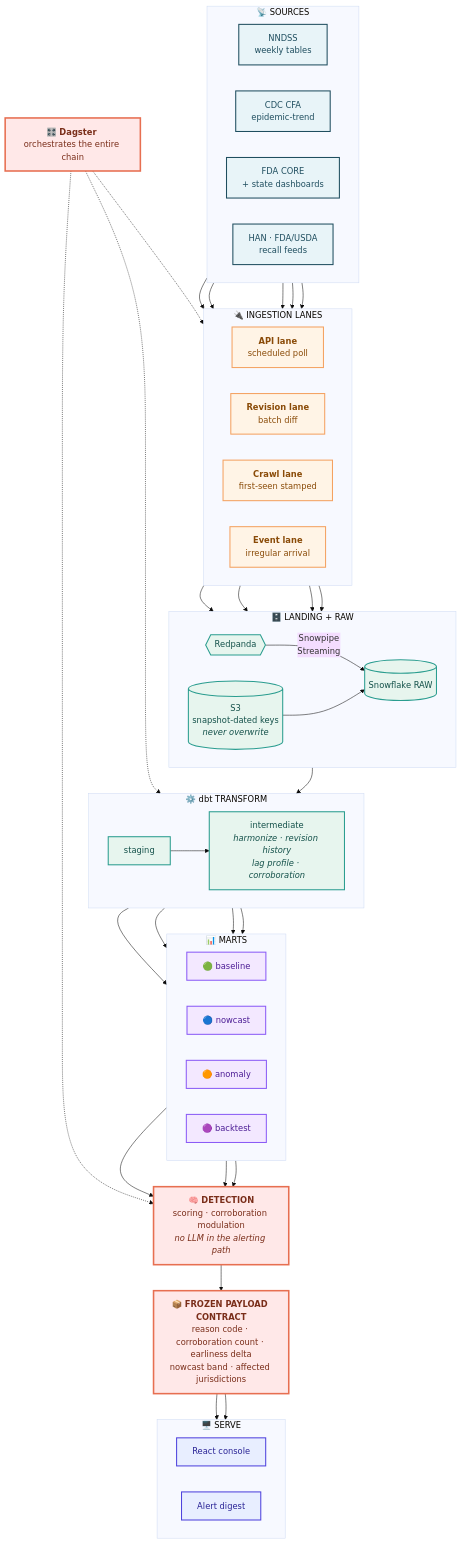
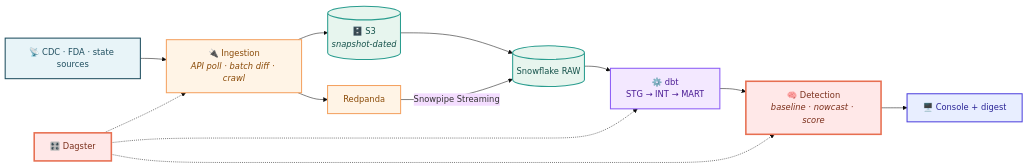
Before and after one commit to Dieurode1/Public-Health-Outbreak-Monitoring-System: the first of 3 diagrams in README.md, drawn with Mermaid (base theme). The commit also changed other lines of this file, not shown here.

````diff
--- a/README.md
+++ b/README.md
@@ -126,85 +124,33 @@
 ```mermaid
-flowchart TB
-    subgraph SOURCES["📡 SOURCES"]
-        direction LR
-        S1["NNDSS<br/>weekly tables"]
-        S2["CDC CFA<br/>epidemic-trend"]
-        S3["FDA CORE<br/>+ state dashboards"]
-        S4["HAN · FDA/USDA<br/>recall feeds"]
-    end
+flowchart LR
+    S["📡 CDC · FDA · state sources"]
+    E["🔌 Ingestion<br/><i>API poll · batch diff · crawl</i>"]
+    R["Redpanda"]
+    S3[("🗄️ S3<br/><i>snapshot-dated</i>")]
+    SF[("Snowflake RAW")]
+    T["⚙️ dbt<br/>STG → INT → MART"]
+    D["🧠 Detection<br/><i>baseline · nowcast · score</i>"]
+    U["🖥️ Console + digest"]
+    G["🎛️ Dagster"]
 
-    subgraph INGEST["🔌 INGESTION LANES"]
-        direction LR
-        L1["<b>API lane</b><br/>scheduled poll"]
-        L2["<b>Revision lane</b><br/>batch diff"]
-        L3["<b>Crawl lane</b><br/>first-seen stamped"]
-        L4["<b>Event lane</b><br/>irregular arrival"]
-    end
-
-    subgraph LAND["🗄️ LANDING + RAW"]
-        direction LR
-        S3B[("S3<br/>snapshot-dated keys<br/><i>never overwrite</i>")]
-        RP{{"Redpanda"}}
-        SF[("Snowflake RAW")]
-    end
-
-    subgraph TRANSFORM["⚙️ dbt TRANSFORM"]
-        direction LR
-        T1["staging"] --> T2["intermediate<br/><i>harmonize · revision history<br/>lag profile · corroboration</i>"]
-    end
-
-    subgraph MARTS["📊 MARTS"]
-        direction LR
-        M1["🟢 baseline"]
-        M2["🔵 nowcast"]
-        M3["🟠 anomaly"]
-        M4["🟣 backtest"]
-    end
-
-    DET["🧠 <b>DETECTION</b><br/>scoring · corroboration modulation<br/><i>no LLM in the alerting path</i>"]
-    PAY["📦 <b>FROZEN PAYLOAD CONTRACT</b><br/>reason code · corroboration count · earliness delta<br/>nowcast band · affected jurisdictions"]
-
-    subgraph SERVE["🖥️ SERVE"]
-        direction LR
-        C1["React console"]
-        C2["Alert digest"]
-    end
-
-    S1 --> L1
-    S1 --> L2
-    S2 --> L1
-    S3 --> L3
-    S4 --> L4
-
-    L1 --> S3B
-    L2 --> S3B
-    L3 --> S3B
-    L4 --> RP
-    RP -->|"Snowpipe<br/>Streaming"| SF
-    S3B --> SF
-    SF --> T1
-    T2 --> M1 & M2 & M3 & M4
-    M1 & M2 & M3 --> DET
-    DET --> PAY
-    PAY --> C1
-    PAY --> C2
-
-    DAG["🎛️ <b>Dagster</b> orchestrates the entire chain"]
-    DAG -.-> INGEST
-    DAG -.-> TRANSFORM
-    DAG -.-> DET
+    S --> E --> S3 --> SF --> T --> D --> U
+    E --> R
+    R -->|"Snowpipe Streaming"| SF
+    G -.-> E
+    G -.-> T
+    G -.-> D
 
     classDef src fill:#E8F4F8,stroke:#1F4E5F,stroke-width:2px,color:#1F4E5F
     classDef lane fill:#FFF4E6,stroke:#F4A261,stroke-width:2px,color:#8A4B08
     classDef store fill:#E7F5EE,stroke:#2A9D8F,stroke-width:2px,color:#14514A
-    classDef mart fill:#F3E8FF,stroke:#8B5CF6,stroke-width:2px,color:#4C1D95
+    classDef dbt fill:#F3E8FF,stroke:#8B5CF6,stroke-width:2px,color:#4C1D95
     classDef core fill:#FFE8E8,stroke:#E76F51,stroke-width:3px,color:#7A2E1A
     classDef serve fill:#E8EEFF,stroke:#4F43DD,stroke-width:2px,color:#2A2496
 
-    class S1,S2,S3,S4 src
-    class L1,L2,L3,L4 lane
-    class S3B,RP,SF,T1,T2 store
-    class M1,M2,M3,M4 mart
-    class DET,PAY,DAG core
-    class C1,C2 serve
+    class S src
+    class E,R lane
+    class S3,SF store
+    class T dbt
+    class D,G core
+    class U serve
 ```
````
